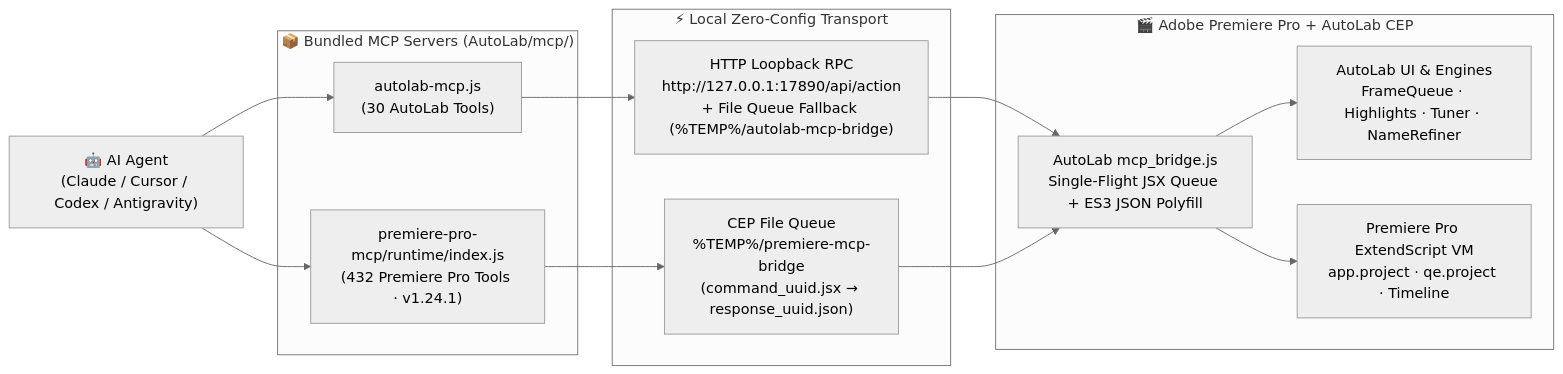
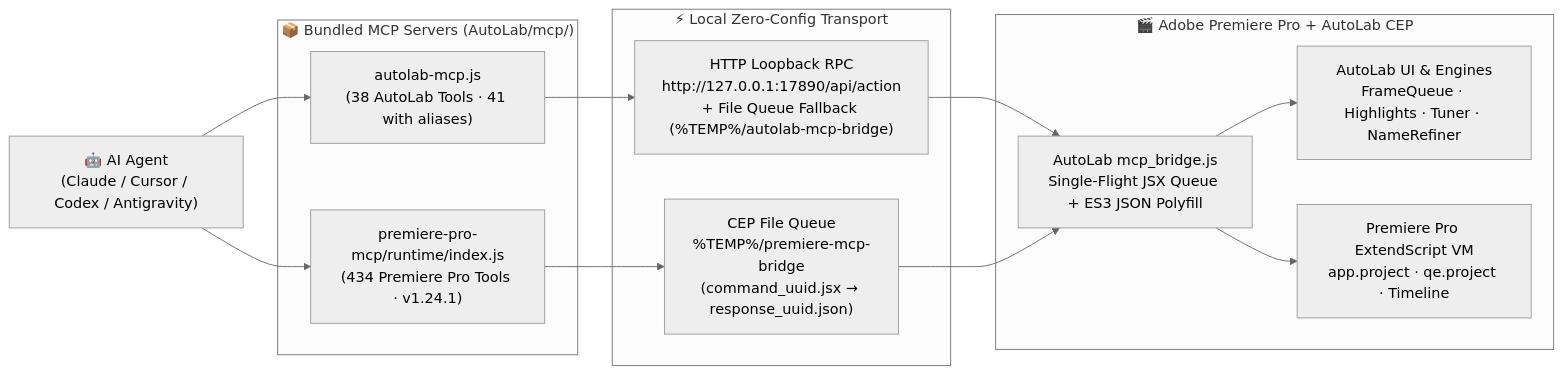
The first of 2 diagrams in skills/autolab-premiere/references/01-connection-and-bridge.md (Qtpx0/autolab-premiere-skill), drawn with Mermaid (neutral theme) before and after one commit. The commit also changed other lines of this file and 12 other files, not shown here.

````diff
--- a/skills/autolab-premiere/references/01-connection-and-bridge.md
+++ b/skills/autolab-premiere/references/01-connection-and-bridge.md
@@ -12,25 +12,25 @@
 ```mermaid
 flowchart LR
     Agent["🤖 AI Agent<br/>(Claude / Cursor / Codex / Antigravity)"]
     
     subgraph MCP ["📦 Bundled MCP Servers (AutoLab/mcp/)"]
-        AL_MCP["autolab-mcp.js<br/>(30 AutoLab Tools)"]
-        PR_MCP["premiere-pro-mcp/runtime/index.js<br/>(432 Premiere Pro Tools · v1.24.1)"]
+        AL_MCP["autolab-mcp.js<br/>(38 AutoLab Tools · 41 with aliases)"]
+        PR_MCP["premiere-pro-mcp/runtime/index.js<br/>(434 Premiere Pro Tools · v1.24.1)"]
     end
 
     subgraph Transport ["⚡ Local Zero-Config Transport"]
         HTTP["HTTP Loopback RPC<br/>http://127.0.0.1:17890/api/action<br/>+ File Queue Fallback (%TEMP%/autolab-mcp-bridge)"]
         FILE["CEP File Queue<br/>%TEMP%/premiere-mcp-bridge<br/>(command_uuid.jsx → response_uuid.json)"]
     end
 
     subgraph CEP ["🎬 Adobe Premiere Pro + AutoLab CEP"]
         Bridge["AutoLab mcp_bridge.js<br/>Single-Flight JSX Queue + ES3 JSON Polyfill"]
         DOM["AutoLab UI & Engines<br/>FrameQueue · Highlights · Tuner · NameRefiner"]
         VM["Premiere Pro ExtendScript VM<br/>app.project · qe.project · Timeline"]
     end
 
     Agent --> AL_MCP --> HTTP --> Bridge
     Agent --> PR_MCP --> FILE --> Bridge
     Bridge --> DOM
     Bridge --> VM
 ```
````
